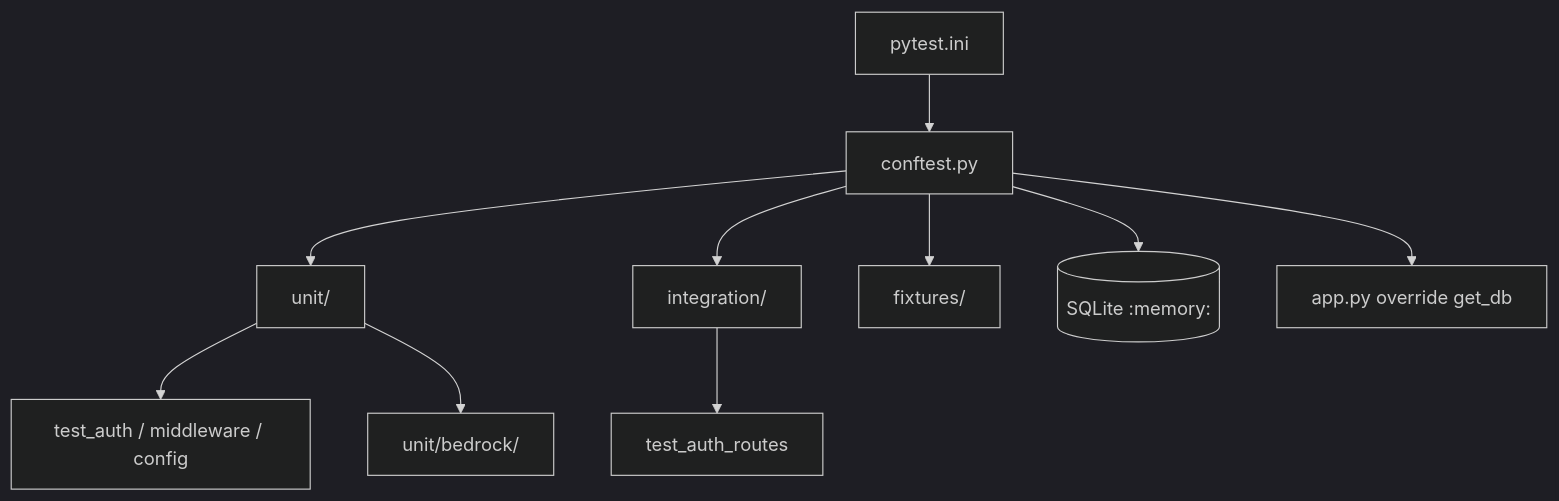
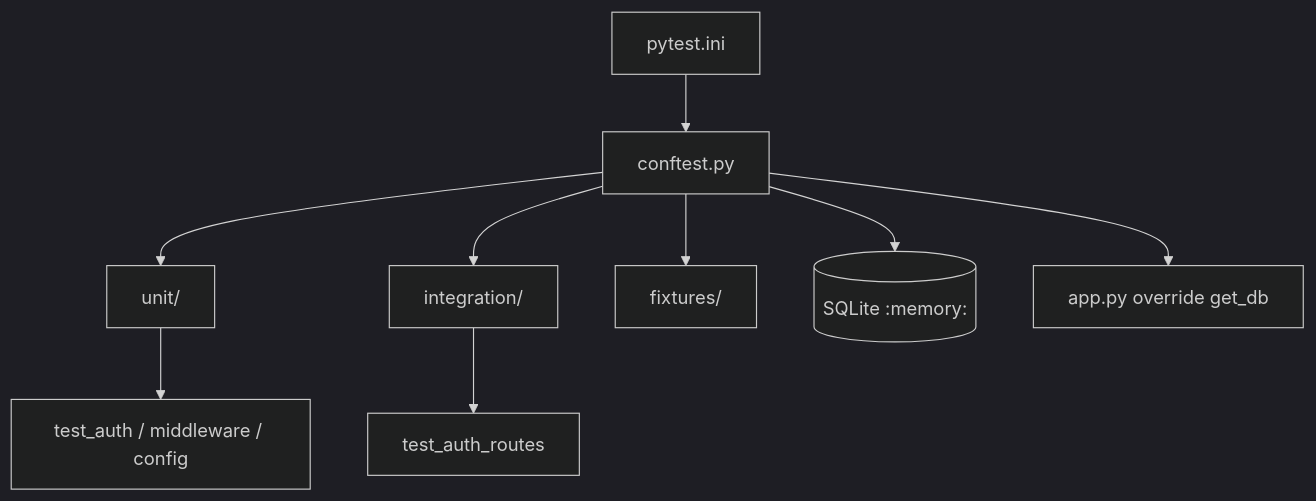
Before and after one commit to cjhirashi/cjhirashi-career: the diagram in cjhirashi-career-api/tests/README.md, drawn with Mermaid (dark theme). The commit also changed other lines of this file and 82 other files, not shown here.

````diff
--- a/cjhirashi-career-api/tests/README.md
+++ b/cjhirashi-career-api/tests/README.md
@@ -9,12 +9,11 @@
 ```mermaid
 flowchart TB
     Pytest[pytest.ini] --> Conf[conftest.py]
     Conf --> Unit[unit/]
     Conf --> Integ[integration/]
     Conf --> Fix[fixtures/]
     Unit --> Auth[test_auth / middleware / config]
-    Unit --> Bedrock[unit/bedrock/]
     Integ --> AuthR[test_auth_routes]
     Conf --> DB[(SQLite :memory:)]
     Conf --> App[app.py override get_db]
 ```
````
